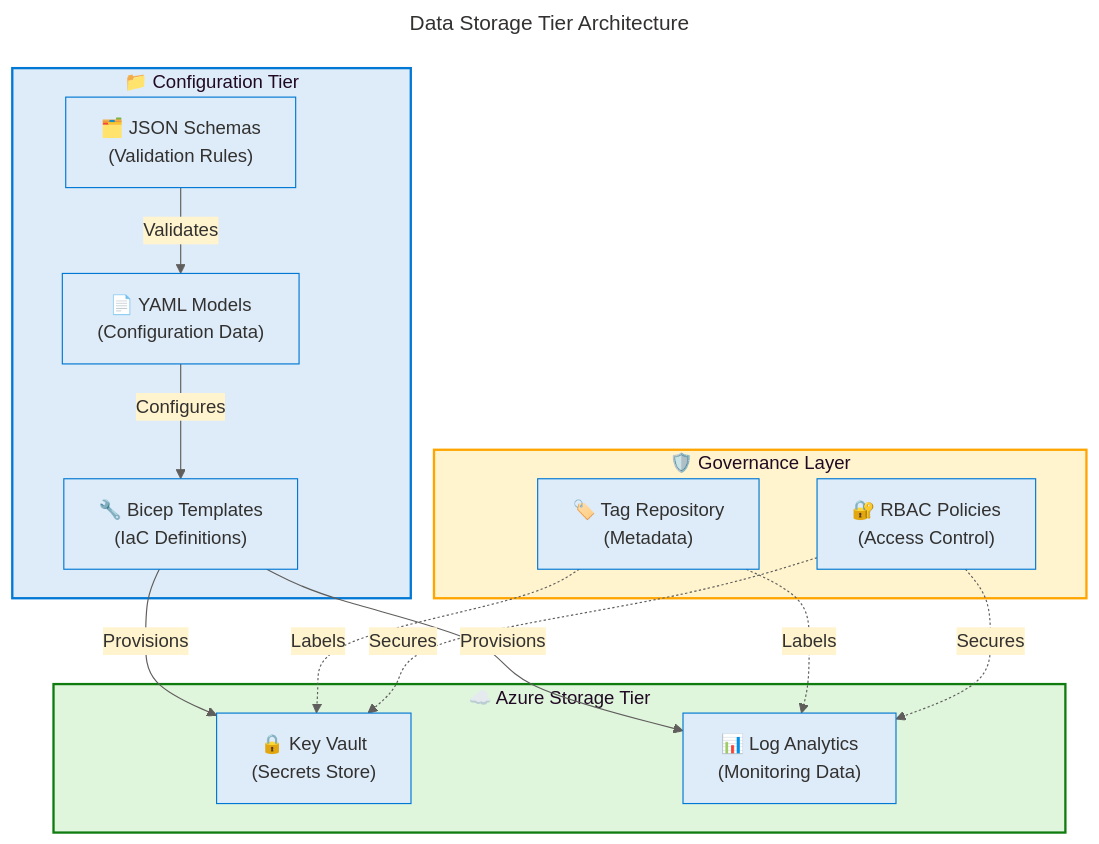
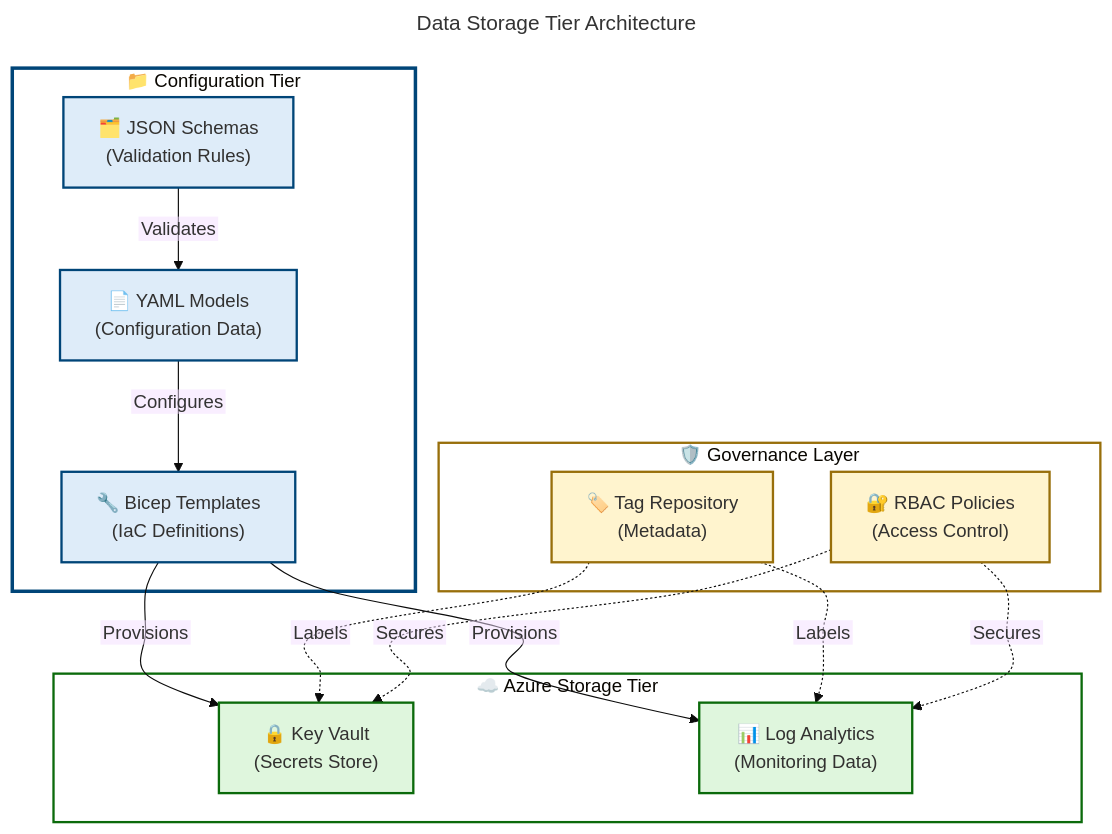
The first of 6 diagrams in docs/architecture/Data-Architecture.md (Evilazaro/DevExp-DevBox), drawn with Mermaid before and after one commit. The commit also changed other lines of this file and 1 other file, not shown here.

Commit message:
fix: enhance clarity and detail in Business and Data Architecture documentation

````diff
--- a/docs/architecture/Data-Architecture.md
+++ b/docs/architecture/Data-Architecture.md
@@ -82,45 +82,77 @@
 ```mermaid
 ---
 title: Data Storage Tier Architecture
 config:
   theme: base
   themeVariables:
-    primaryColor: "#DEECF9"
-    primaryTextColor: "#323130"
-    primaryBorderColor: "#0078D4"
-    lineColor: "#605E5C"
-    secondaryColor: "#FFF4CE"
-    tertiaryColor: "#DFF6DD"
+    fontSize: '16px'
+  flowchart:
+    htmlLabels: false
+    curve: cardinal
+    nodeSpacing: 50
+    rankSpacing: 50
 ---
 flowchart TB
     accTitle: Data Storage Tier Architecture
-    accDescr: Shows storage tiers from configuration files through Azure services
+    accDescr: Architectural diagram showing storage tiers from configuration files through Azure services to governance layer with validation and provisioning relationships
+
+    %% ═══════════════════════════════════════════════════════════════════════════
+    %% AZURE / FLUENT ARCHITECTURE PATTERN v1.1
+    %% (Semantic + Structural + Font + Accessibility Governance)
+    %% ═══════════════════════════════════════════════════════════════════════════
+    %% PHASE 1 - STRUCTURAL: TB direction explicit, 3 subgraphs at same level
+    %% PHASE 2 - SEMANTIC: 3 semantic colors with architectural justification:
+    %%   azureBlue (#DEECF9) = configuration tier (information/validation)
+    %%   successGreen (#DFF6DD) = Azure storage tier (successful deployment)
+    %%   sharedYellow (#FFF4CE) = governance layer (cross-cutting concerns)
+    %% PHASE 3 - FONT: Dark text #323130 on light backgrounds (WCAG AA 4.5:1 contrast)
+    %% PHASE 4 - ACCESSIBILITY: accTitle/accDescr present, all nodes have emoji icons
+    %% PHASE 5 - STANDARD: 3 subgraphs at same level, semantic colors on content nodes
+    %% ═══════════════════════════════════════════════════════════════════════════
 
     subgraph config["📁 Configuration Tier"]
-        style config fill:#DEECF9,stroke:#0078D4,stroke-width:2px
-        A1["🗂️ JSON Schemas<br/>(Validation Rules)"]
-        A2["📄 YAML Models<br/>(Configuration Data)"]
-        A3["🔧 Bicep Templates<br/>(IaC Definitions)"]
+        A1["🗂️ JSON Schemas<br/>(Validation Rules)"]:::azureBlue
+        A2["📄 YAML Models<br/>(Configuration Data)"]:::azureBlue
+        A3["🔧 Bicep Templates<br/>(IaC Definitions)"]:::azureBlue
     end
 
     subgraph azure["☁️ Azure Storage Tier"]
-        style azure fill:#DFF6DD,stroke:#107C10,stroke-width:2px
-        B1["🔒 Key Vault<br/>(Secrets Store)"]
-        B2["📊 Log Analytics<br/>(Monitoring Data)"]
+        B1["🔒 Key Vault<br/>(Secrets Store)"]:::successGreen
+        B2["📊 Log Analytics<br/>(Monitoring Data)"]:::successGreen
     end
 
     subgraph governance["🛡️ Governance Layer"]
-        style governance fill:#FFF4CE,stroke:#FFA500,stroke-width:2px
-        C1["🏷️ Tag Repository<br/>(Metadata)"]
-        C2["🔐 RBAC Policies<br/>(Access Control)"]
+        C1["🏷️ Tag Repository<br/>(Metadata)"]:::sharedYellow
+        C2["🔐 RBAC Policies<br/>(Access Control)"]:::sharedYellow
     end
 
     A1 -->|Validates| A2
     A2 -->|Configures| A3
     A3 -->|Provisions| B1
     A3 -->|Provisions| B2
     C1 -.->|Labels| B1
     C1 -.->|Labels| B2
     C2 -.->|Secures| B1
     C2 -.->|Secures| B2
+
+    %% Required classDef palette (ALL 14 - MANDATORY per MRM-D002)
+    classDef level1Group fill:#FFFFFF,stroke:#605E5C,stroke-width:3px,color:#323130
+    classDef level2Group fill:#F3F2F1,stroke:#605E5C,stroke-width:2px,color:#323130
+    classDef level3Group fill:#E1DFDD,stroke:#605E5C,stroke-width:2px,color:#323130
+    classDef level4Group fill:#D2D0CE,stroke:#605E5C,stroke-width:1px,color:#323130
+    classDef mainGroup fill:#FFFFFF,stroke:#605E5C,stroke-width:3px,color:#323130
+    classDef subGroup fill:#F3F2F1,stroke:#605E5C,stroke-width:2px,color:#323130
+    classDef azureBlue fill:#DEECF9,stroke:#004578,stroke-width:2px,color:#323130
+    classDef successGreen fill:#DFF6DD,stroke:#0B6A0B,stroke-width:2px,color:#323130
+    classDef errorRed fill:#FDE7E9,stroke:#A4262C,stroke-width:2px,color:#323130
+    classDef sharedYellow fill:#FFF4CE,stroke:#986F0B,stroke-width:2px,color:#323130
+    classDef warningOrange fill:#FDE7E9,stroke:#8A3707,stroke-width:2px,color:#323130
+    classDef neutralPurple fill:#E1DFDD,stroke:#5B5FC7,stroke-width:2px,color:#323130
+    classDef presenceTeal fill:#C8F0E7,stroke:#00666B,stroke-width:2px,color:#323130
+    classDef neutralGrey fill:#F3F2F1,stroke:#605E5C,stroke-width:2px,color:#323130
+
+    %% Subgraph styling (3 subgraphs = 3 style directives)
+    style config fill:#FFFFFF,stroke:#004578,stroke-width:3px
+    style azure fill:#FFFFFF,stroke:#0B6A0B,stroke-width:2px
+    style governance fill:#FFFFFF,stroke:#986F0B,stroke-width:2px
 ```
````
